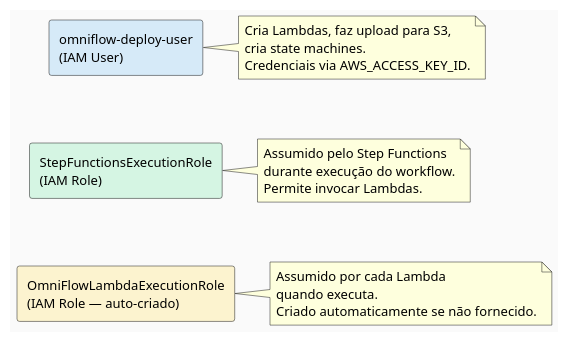
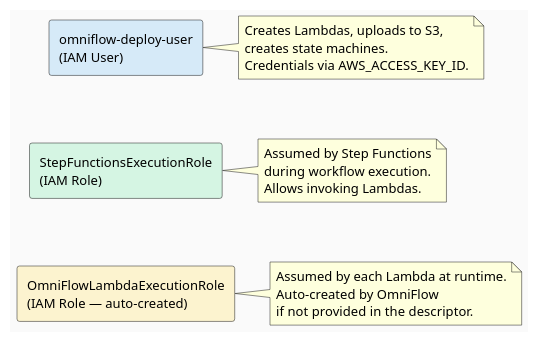
Before and after one commit to EngenheiroPedroCarvalho/ISEL-Thesis-2526: the seventh of 8 diagrams in omni-flow-main/Apresentacao-Orientador.md, drawn with PlantUML. The commit also changed other lines of this file, not shown here.

First line of the commit message:
Translate presentation to English and fix QuickFaaS AWS references

````diff
--- a/omni-flow-main/Apresentacao-Orientador.md
+++ b/omni-flow-main/Apresentacao-Orientador.md
@@ -255,18 +257,18 @@
 ```plantuml
 @startuml
 skinparam backgroundColor #FAFAFA
 skinparam defaultFontSize 13
 
 rectangle "omniflow-deploy-user\n(IAM User)" as U #D6EAF8
-note right of U : Cria Lambdas, faz upload para S3,\ncria state machines.\nCredenciais via AWS_ACCESS_KEY_ID.
+note right of U : Creates Lambdas, uploads to S3,\ncreates state machines.\nCredentials via AWS_ACCESS_KEY_ID.
 
 rectangle "StepFunctionsExecutionRole\n(IAM Role)" as SF #D5F5E3
-note right of SF : Assumido pelo Step Functions\ndurante execução do workflow.\nPermite invocar Lambdas.
+note right of SF : Assumed by Step Functions\nduring workflow execution.\nAllows invoking Lambdas.
 
-rectangle "OmniFlowLambdaExecutionRole\n(IAM Role — auto-criado)" as LR #FCF3CF
-note right of LR : Assumido por cada Lambda\nquando executa.\nCriado automaticamente se não fornecido.
+rectangle "OmniFlowLambdaExecutionRole\n(IAM Role — auto-created)" as LR #FCF3CF
+note right of LR : Assumed by each Lambda at runtime.\nAuto-created by OmniFlow\nif not provided in the descriptor.
 
 U -[hidden]down- SF
 SF -[hidden]down- LR
 @enduml
 ```
````
